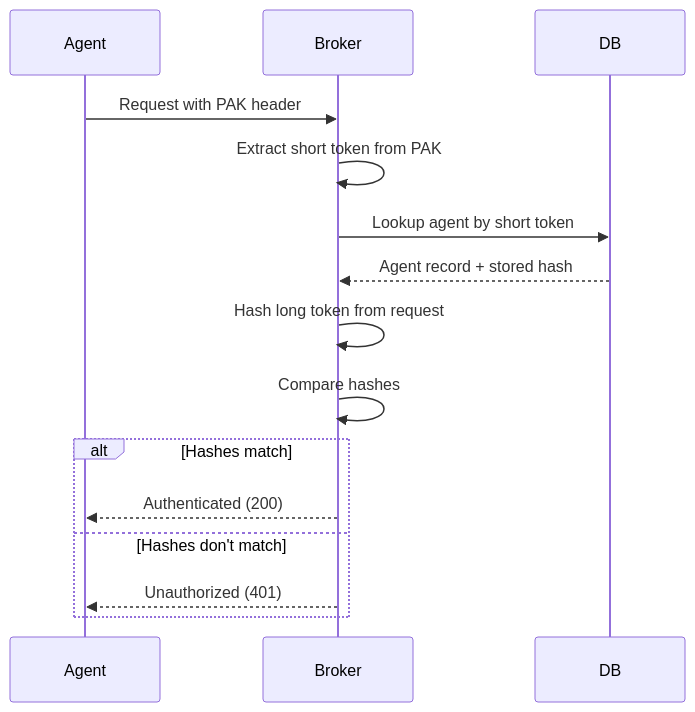
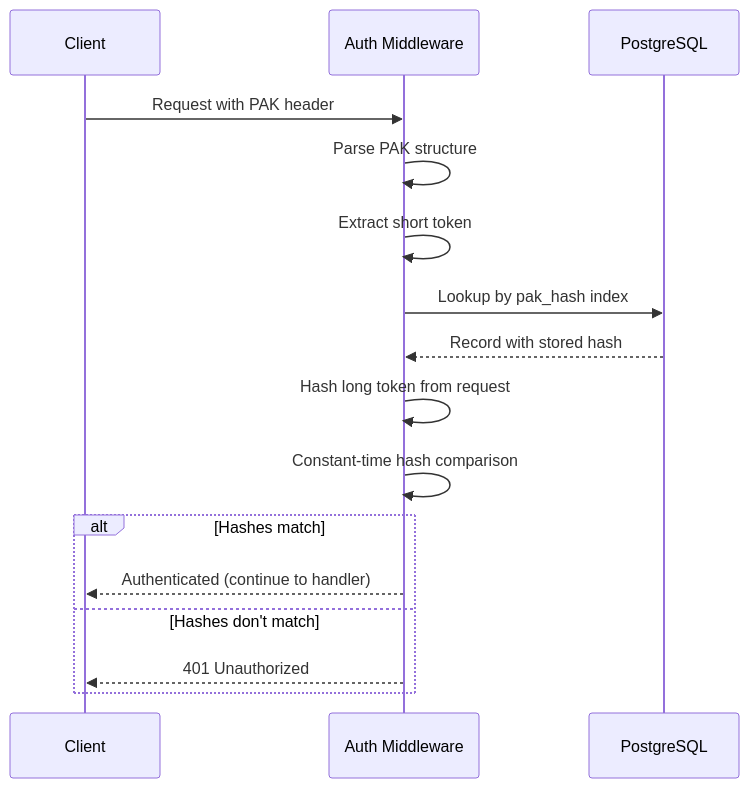
The second of 2 diagrams in docs/content/explanation/security-model.md (colliery-io/brokkr), drawn with Mermaid before and after one commit. The commit also changed other lines of this file and 28 other files, not shown here.

````diff
--- a/docs/content/explanation/security-model.md
+++ b/docs/content/explanation/security-model.md
@@ -92,19 +112,21 @@
-```mermaid
+{{< mermaid >}}
 sequenceDiagram
-    participant Agent
-    participant Broker
-    participant DB
+    participant Client
+    participant Middleware as Auth Middleware
+    participant DB as PostgreSQL
 
-    Agent->>Broker: Request with PAK header
-    Broker->>Broker: Extract short token from PAK
-    Broker->>DB: Lookup agent by short token
-    DB-->>Broker: Agent record + stored hash
-    Broker->>Broker: Hash long token from request
-    Broker->>Broker: Compare hashes
+    Client->>Middleware: Request with PAK header
+    Middleware->>Middleware: Parse PAK structure
+    Middleware->>Middleware: Extract short token
+    Middleware->>DB: Lookup by pak_hash index
+    DB-->>Middleware: Record with stored hash
+
+    Middleware->>Middleware: Hash long token from request
+    Middleware->>Middleware: Constant-time hash comparison
 
     alt Hashes match
-        Broker-->>Agent: Authenticated (200)
+        Middleware-->>Client: Authenticated (continue to handler)
     else Hashes don't match
-        Broker-->>Agent: Unauthorized (401)
+        Middleware-->>Client: 401 Unauthorized
     end
-```
+{{< /mermaid >}}
````
